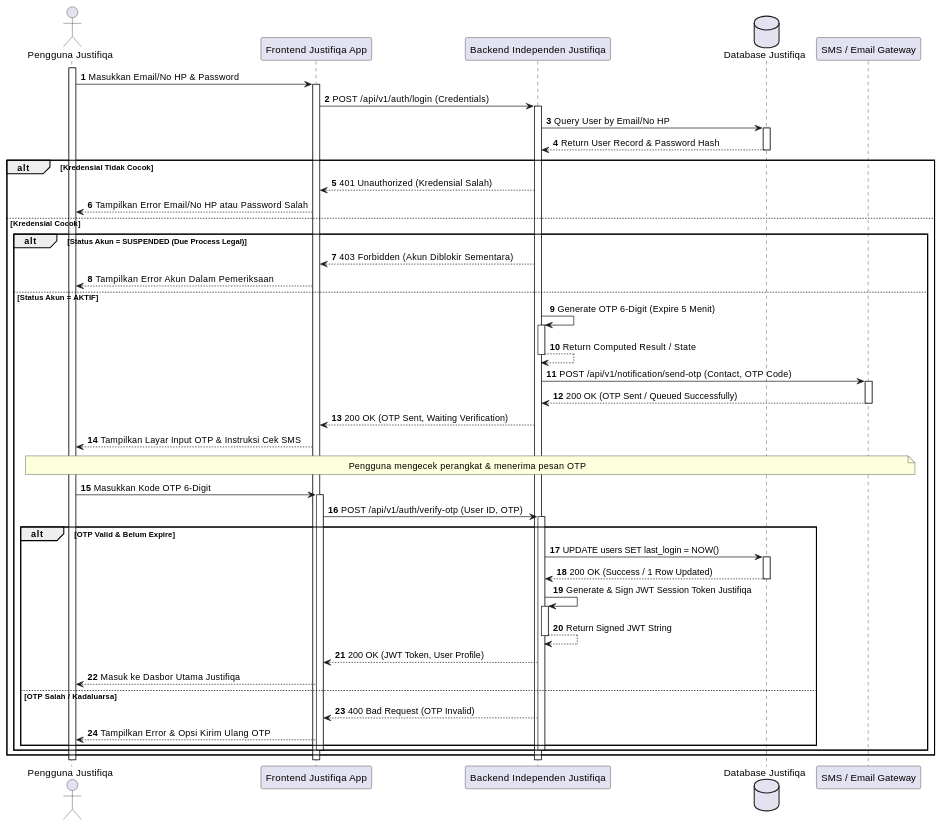
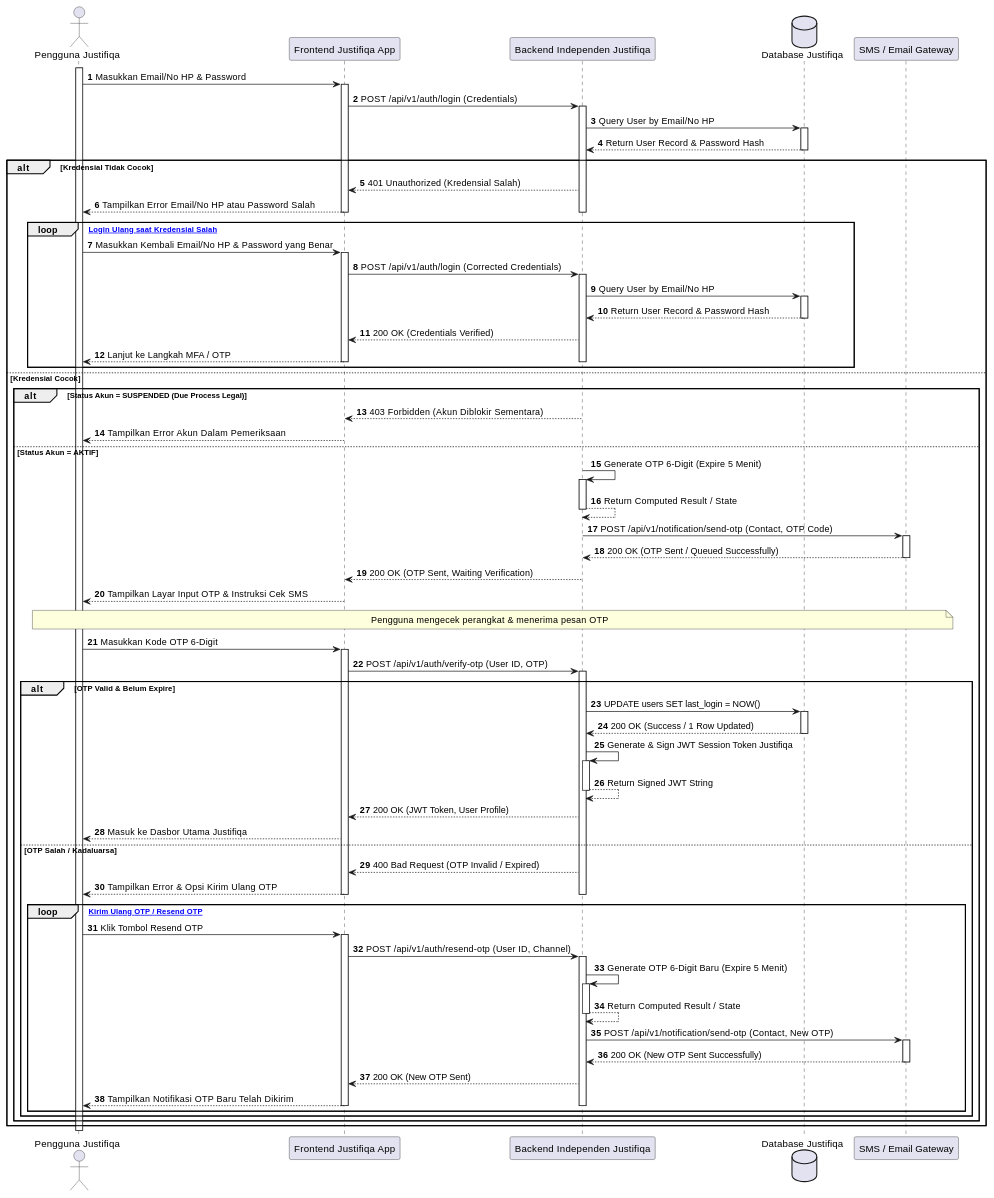
The second of 27 diagrams in MarkDown/plantuml_sequence_diagrams.md (tupperwureism/SuperApp-Gagal), drawn with PlantUML before and after one commit. The commit also changed other lines of this file and 2 other files, not shown here.

Commit message:
feat(uml): enforce 1-to-1 detail supremacy in SD over AD by adding retry loops and alternative branches across 11 sequence diagrams

```diff
--- a/MarkDown/plantuml_sequence_diagrams.md
+++ b/MarkDown/plantuml_sequence_diagrams.md
@@ -85,6 +85,19 @@
 alt Kredensial Tidak Cocok
     BE --> FE : 401 Unauthorized (Kredensial Salah)
     FE --> User : Tampilkan Error Email/No HP atau Password Salah
+    deactivate BE
+    deactivate FE
+    
+    loop [Mencoba Login Ulang saat Kredensial Salah]
+        User -> FE ++ : Masukkan Kembali Email/No HP & Password yang Benar
+        FE -> BE ++ : POST /api/v1/auth/login (Corrected Credentials)
+        BE -> DB ++ : Query User by Email/No HP
+        DB --> BE -- : Return User Record & Password Hash
+        BE --> FE : 200 OK (Credentials Verified)
+        FE --> User : Lanjut ke Langkah MFA / OTP
+        deactivate BE
+        deactivate FE
+    end
 else Kredensial Cocok
     alt Status Akun = SUSPENDED (Due Process Legal)
         BE --> FE : 403 Forbidden (Akun Diblokir Sementara)
@@ -109,8 +122,23 @@
             BE --> FE : 200 OK (JWT Token, User Profile)
             FE --> User : Masuk ke Dasbor Utama Justifiqa
         else OTP Salah / Kadaluarsa
-            BE --> FE : 400 Bad Request (OTP Invalid)
+            BE --> FE : 400 Bad Request (OTP Invalid / Expired)
             FE --> User : Tampilkan Error & Opsi Kirim Ulang OTP
+            deactivate BE
+            deactivate FE
+            
+            loop [Minta Kirim Ulang OTP / Resend OTP]
+                User -> FE ++ : Klik Tombol Resend OTP
+                FE -> BE ++ : POST /api/v1/auth/resend-otp (User ID, Channel)
+                BE -> BE ++ : Generate OTP 6-Digit Baru (Expire 5 Menit)
+                BE --> BE -- : Return Computed Result / State
+                BE -> SMS ++ : POST /api/v1/notification/send-otp (Contact, New OTP)
+                SMS --> BE -- : 200 OK (New OTP Sent Successfully)
+                BE --> FE : 200 OK (New OTP Sent)
+                FE --> User : Tampilkan Notifikasi OTP Baru Telah Dikirim
+                deactivate BE
+                deactivate FE
+            end
         end
         deactivate BE
         deactivate FE
```
